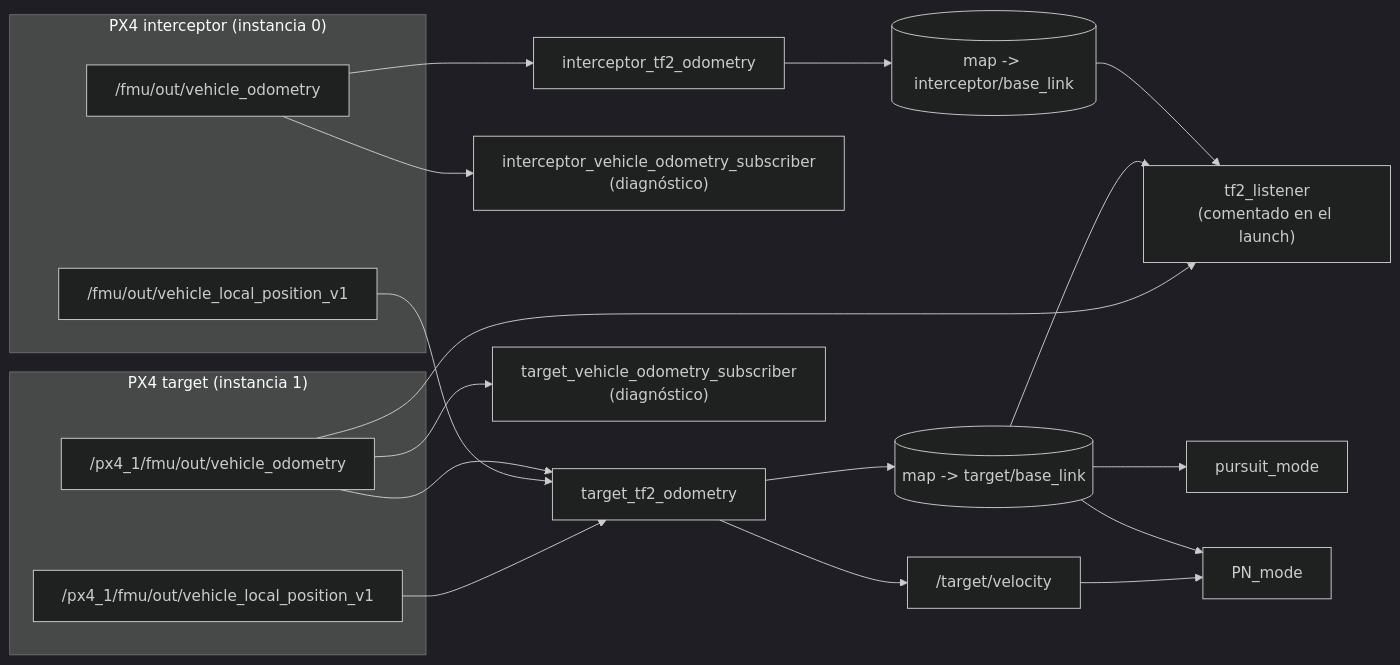
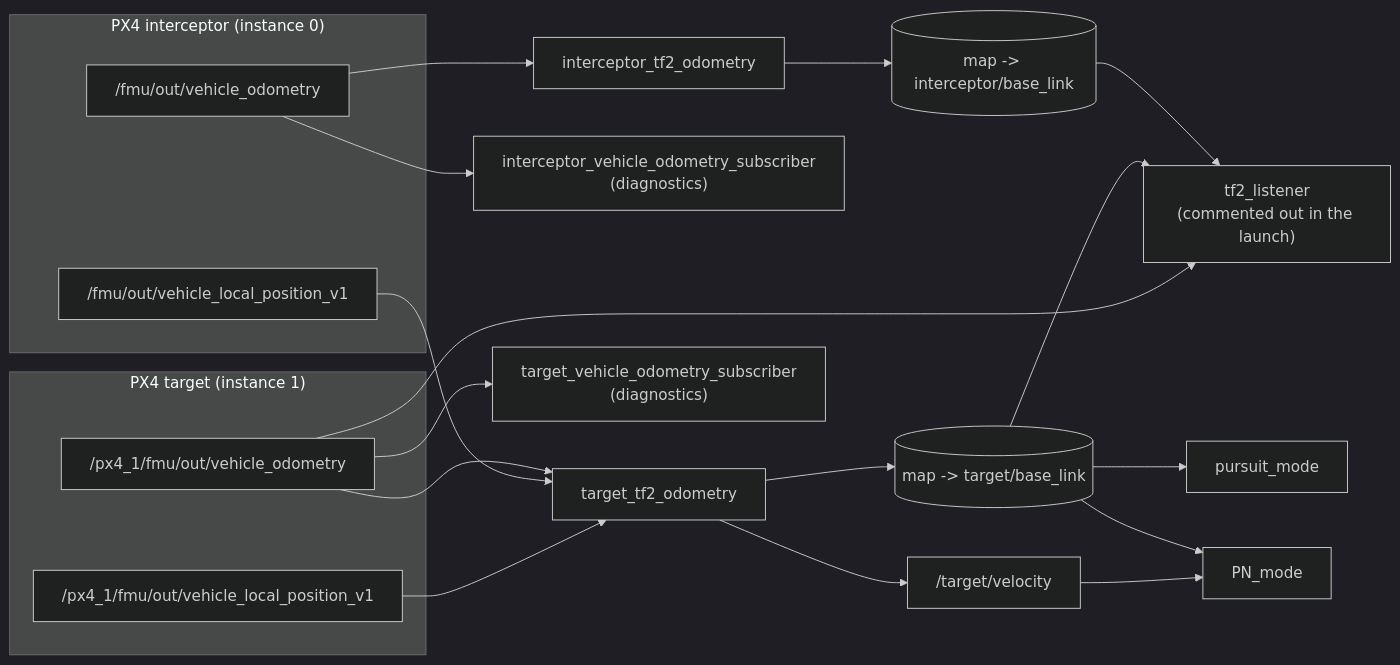
One commit to PACO-Interceptor/ws_interceptor changed the diagram in docs/wiki/Nodes-and-topics.md. Above: the diagram before and after it, drawn with Mermaid. The commit also changed other lines of this file and 17 other files, not shown here.

````diff
--- a/docs/wiki/Nodes-and-topics.md
+++ b/docs/wiki/Nodes-and-topics.md
@@ -37,32 +35,32 @@
 ```mermaid
 %%{init: {"theme": "dark", "themeVariables": {"lineColor": "#cccccc", "edgeLabelBackground": "#1e1e1e"}}}%%
 flowchart LR
-    subgraph PX0["PX4 interceptor (instancia 0)"]
+    subgraph PX0["PX4 interceptor (instance 0)"]
         O0["/fmu/out/vehicle_odometry"]
         L0["/fmu/out/vehicle_local_position_v1"]
     end
-    subgraph PX1["PX4 target (instancia 1)"]
+    subgraph PX1["PX4 target (instance 1)"]
         O1["/px4_1/fmu/out/vehicle_odometry"]
         L1["/px4_1/fmu/out/vehicle_local_position_v1"]
     end
 
     O0 --> ITF[interceptor_tf2_odometry]
-    O0 --> IVS["interceptor_vehicle_odometry_subscriber<br/>(diagnóstico)"]
+    O0 --> IVS["interceptor_vehicle_odometry_subscriber<br/>(diagnostics)"]
 
     O1 --> TTF[target_tf2_odometry]
     L0 --> TTF
     L1 --> TTF
-    O1 --> TVS["target_vehicle_odometry_subscriber<br/>(diagnóstico)"]
+    O1 --> TVS["target_vehicle_odometry_subscriber<br/>(diagnostics)"]
 
     ITF --> TFI[("map -> interceptor/base_link")]
     TTF --> TFT[("map -> target/base_link")]
     TTF --> VEL["/target/velocity"]
 
     TFT --> PURSUIT[pursuit_mode]
     TFT --> PN[PN_mode]
     VEL --> PN
 
-    TFI --> LISTENER["tf2_listener<br/>(comentado en el launch)"]
+    TFI --> LISTENER["tf2_listener<br/>(commented out in the launch)"]
     TFT --> LISTENER
     O1 --> LISTENER
 ```
````
